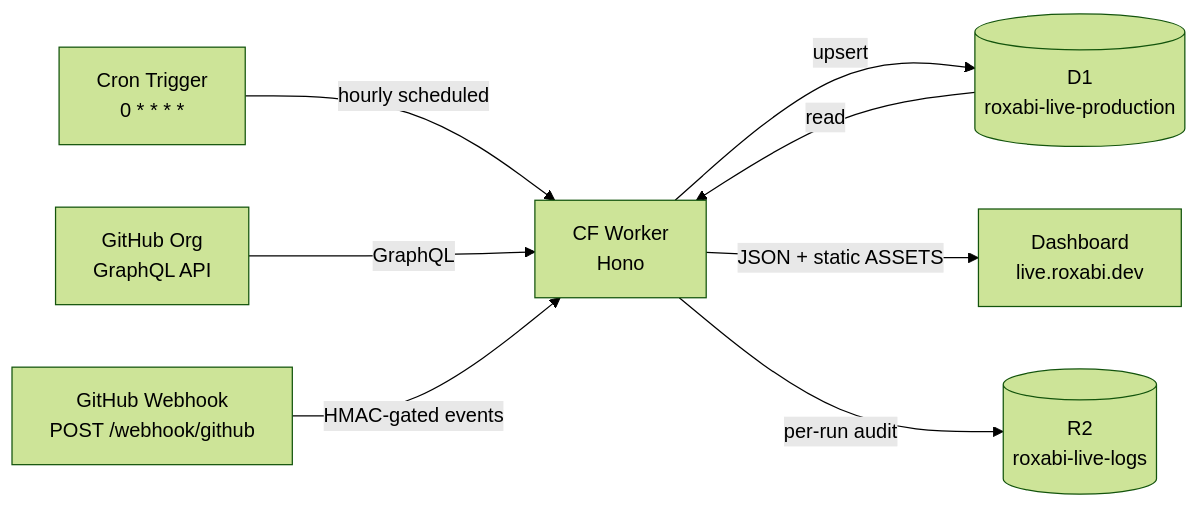
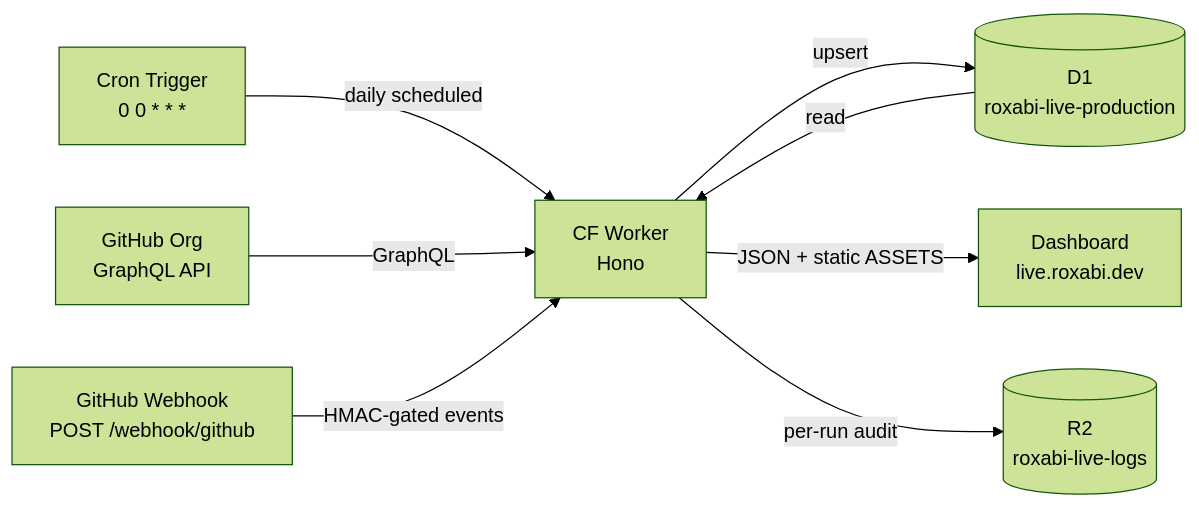
One commit to Roxabi/roxabi-live changed the diagram in README.md. Above: the diagram before and after it, drawn with Mermaid (forest theme). The commit also changed other lines of this file and 9 other files, not shown here.

First line of the commit message:
feat(sync): daily full reconcile + richer run audit, disable staging cron (#80)

````diff
--- a/README.md
+++ b/README.md
@@ -40,18 +40,18 @@
 ```mermaid
 flowchart LR
-    CRON[Cron Trigger\n0 * * * *]
+    CRON[Cron Trigger\n0 0 * * *]
     GH[GitHub Org\nGraphQL API]
     W[CF Worker\nHono]
     DB[(D1\nroxabi-live-production)]
     R2[(R2\nroxabi-live-logs)]
     FE[Dashboard\nlive.roxabi.dev]
     WH[GitHub Webhook\nPOST /webhook/github]
 
-    CRON -->|hourly scheduled| W
+    CRON -->|daily scheduled| W
     GH -->|GraphQL| W
     W -->|upsert| DB
     DB -->|read| W
     W -->|JSON + static ASSETS| FE
     WH -->|HMAC-gated events| W
     W -->|per-run audit| R2
 ```
````
